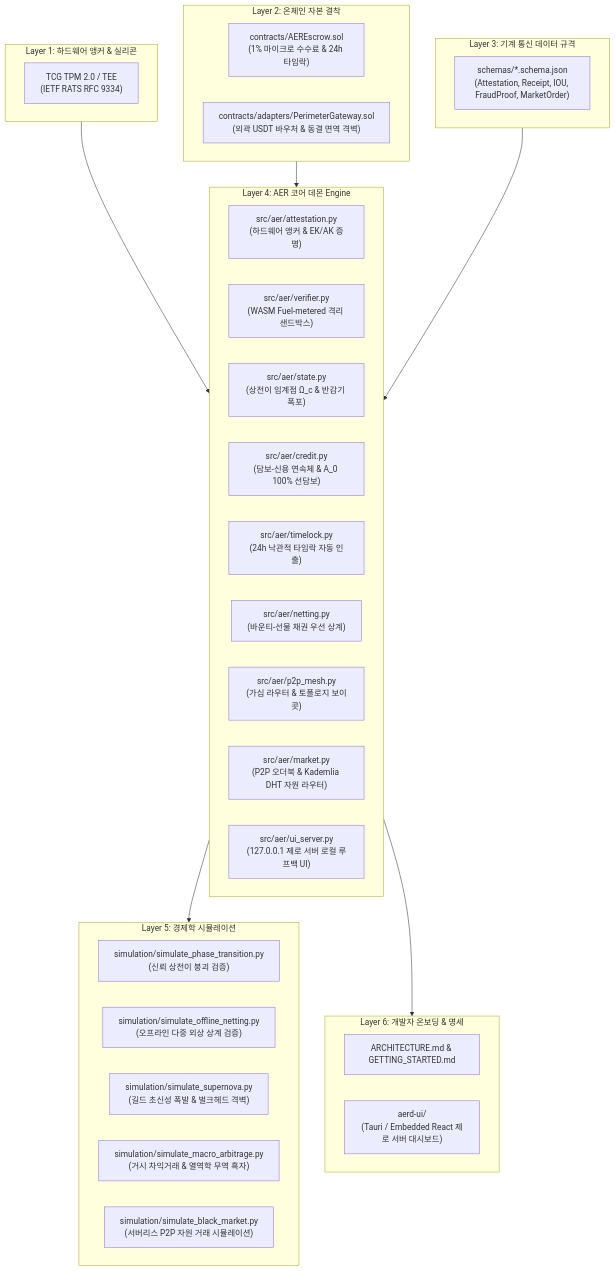
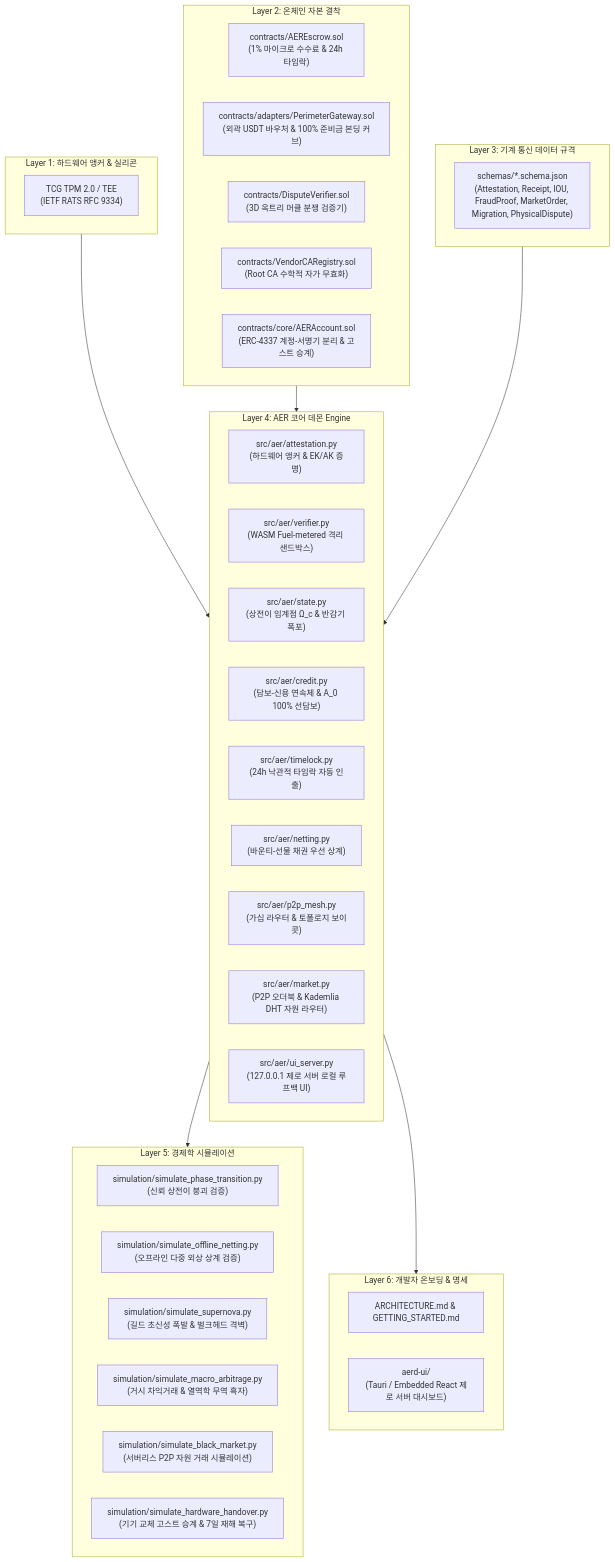
Before and after one commit to Team-Sequence-Thaumaturge/AER: the diagram in ROADMAP.ko.md, drawn with Mermaid. The commit also changed other lines of this file and 5 other files, not shown here.

Commit message:
docs: formalize Appendix C on physical disputes, root CA self-invalidation, and capital immortality (v1.8.7)

````diff
--- a/ROADMAP.ko.md
+++ b/ROADMAP.ko.md
@@ -8,46 +8,50 @@
 ```mermaid
 graph TD
     subgraph Layer1 [Layer 1: 하드웨어 앵커 & 실리콘]
         TPM["TCG TPM 2.0 / TEE<br/>(IETF RATS RFC 9334)"]
     end
 
     subgraph Layer2 [Layer 2: 온체인 자본 결착]
         Escrow["contracts/AEREscrow.sol<br/>(1% 마이크로 수수료 & 24h 타임락)"]
-        Gateway["contracts/adapters/PerimeterGateway.sol<br/>(외곽 USDT 바우처 & 동결 면역 격벽)"]
+        Gateway["contracts/adapters/PerimeterGateway.sol<br/>(외곽 USDT 바우처 & 100% 준비금 본딩 커브)"]
+        Dispute["contracts/DisputeVerifier.sol<br/>(3D 옥트리 머클 분쟁 검증기)"]
+        VendorCA["contracts/VendorCARegistry.sol<br/>(Root CA 수학적 자가 무효화)"]
+        Account["contracts/core/AERAccount.sol<br/>(ERC-4337 계정-서명기 분리 & 고스트 승계)"]
     end
 
     subgraph Layer3 [Layer 3: 기계 통신 데이터 규격]
-        Schemas["schemas/*.schema.json<br/>(Attestation, Receipt, IOU, FraudProof, MarketOrder)"]
+        Schemas["schemas/*.schema.json<br/>(Attestation, Receipt, IOU, FraudProof, MarketOrder, Migration, PhysicalDispute)"]
     end
 
     subgraph Layer4 [Layer 4: AER 코어 데몬 Engine]
         Attest["src/aer/attestation.py<br/>(하드웨어 앵커 & EK/AK 증명)"]
         Verify["src/aer/verifier.py<br/>(WASM Fuel-metered 격리 샌드박스)"]
         State["src/aer/state.py<br/>(상전이 임계점 Ω_c & 반감기 폭포)"]
         Credit["src/aer/credit.py<br/>(담보-신용 연속체 & A_0 100% 선담보)"]
         Timelock["src/aer/timelock.py<br/>(24h 낙관적 타임락 자동 인출)"]
         Netting["src/aer/netting.py<br/>(바운티-선물 채권 우선 상계)"]
         Mesh["src/aer/p2p_mesh.py<br/>(가십 라우터 & 토폴로지 보이콧)"]
         Market["src/aer/market.py<br/>(P2P 오더북 & Kademlia DHT 자원 라우터)"]
         UIServer["src/aer/ui_server.py<br/>(127.0.0.1 제로 서버 로컬 루프백 UI)"]
     end
 
     subgraph Layer5 [Layer 5: 경제학 시뮬레이션]
         SimPhase["simulation/simulate_phase_transition.py<br/>(신뢰 상전이 붕괴 검증)"]
         SimNet["simulation/simulate_offline_netting.py<br/>(오프라인 다중 외상 상계 검증)"]
         SimSuper["simulation/simulate_supernova.py<br/>(길드 초신성 폭발 & 벌크헤드 격벽)"]
         SimMacro["simulation/simulate_macro_arbitrage.py<br/>(거시 차익거래 & 열역학 무역 흑자)"]
         SimMarket["simulation/simulate_black_market.py<br/>(서버리스 P2P 자원 거래 시뮬레이션)"]
+        SimHandover["simulation/simulate_hardware_handover.py<br/>(기기 교체 고스트 승계 & 7일 재해 복구)"]
     end
 
     subgraph Layer6 [Layer 6: 개발자 온보딩 & 명세]
         Docs["ARCHITECTURE.md & GETTING_STARTED.md"]
         AERStation["aerd-ui/<br/>(Tauri / Embedded React 제로 서버 대시보드)"]
     end
 
     Layer1 --> Layer4
     Layer2 --> Layer4
     Layer3 --> Layer4
     Layer4 --> Layer5
     Layer4 --> Layer6
 ```
````
